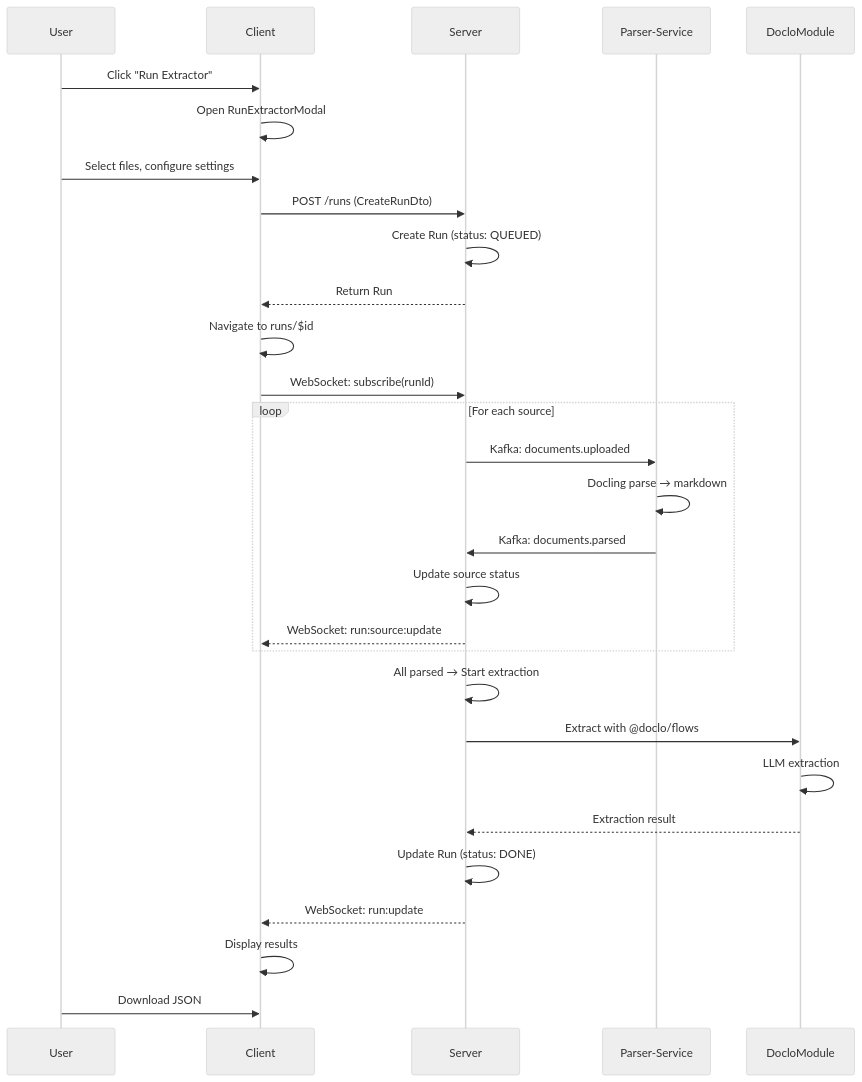
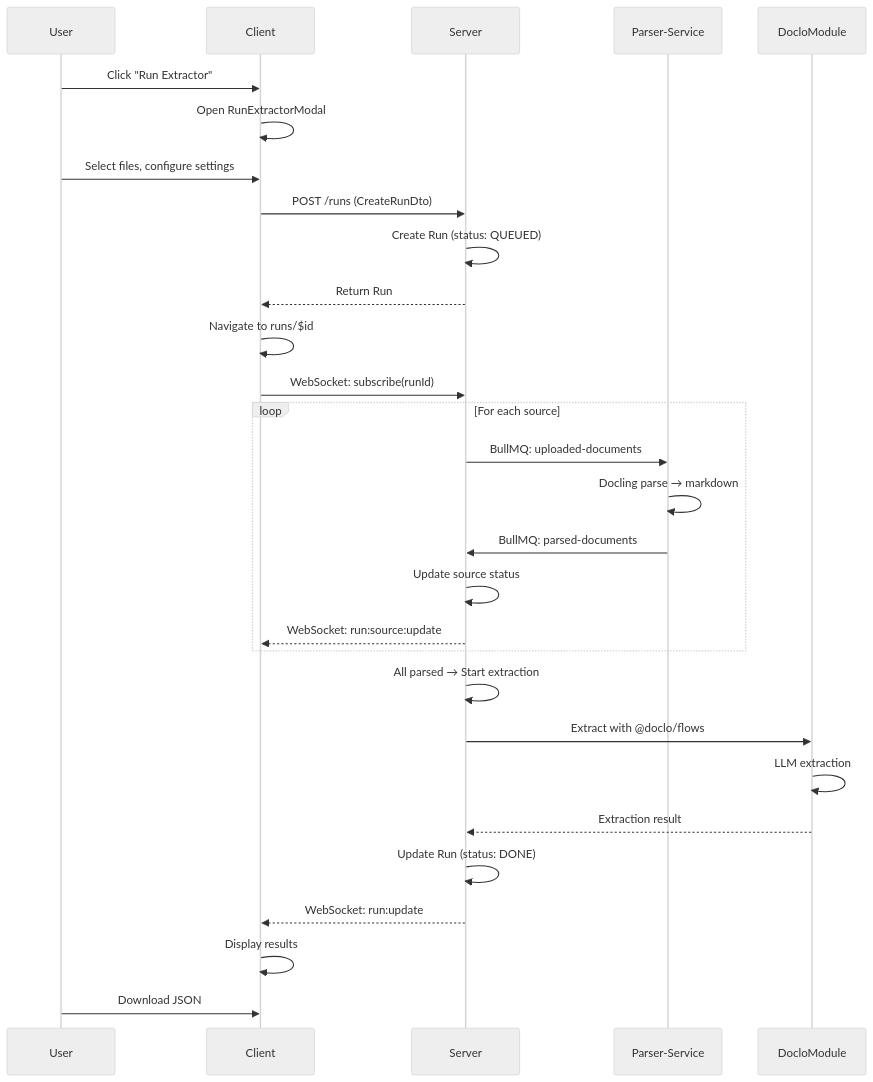
Before and after one commit to IamSAL/docXtractor: the second of 3 diagrams in RUNS_IMPLEMENTATION_PLAN.md, drawn with Mermaid (neutral theme). The commit also changed other lines of this file and 23 other files, not shown here.

````diff
--- a/RUNS_IMPLEMENTATION_PLAN.md
+++ b/RUNS_IMPLEMENTATION_PLAN.md
@@ -80,35 +83,35 @@
 ```mermaid
 sequenceDiagram
     participant U as User
     participant C as Client
     participant S as Server
     participant P as Parser-Service
     participant D as DocloModule
-    
+
     U->>C: Click "Run Extractor"
     C->>C: Open RunExtractorModal
     U->>C: Select files, configure settings
     C->>S: POST /runs (CreateRunDto)
     S->>S: Create Run (status: QUEUED)
     S-->>C: Return Run
     C->>C: Navigate to runs/$id
     C->>S: WebSocket: subscribe(runId)
-    
+
     loop For each source
-        S->>P: Kafka: documents.uploaded
+        S->>P: BullMQ: uploaded-documents
         P->>P: Docling parse → markdown
-        P->>S: Kafka: documents.parsed
+        P->>S: BullMQ: parsed-documents
         S->>S: Update source status
         S-->>C: WebSocket: run:source:update
     end
-    
+
     S->>S: All parsed → Start extraction
     S->>D: Extract with @doclo/flows
     D->>D: LLM extraction
     D-->>S: Extraction result
     S->>S: Update Run (status: DONE)
     S-->>C: WebSocket: run:update
-    
+
     C->>C: Display results
     U->>C: Download JSON
 ```
````
